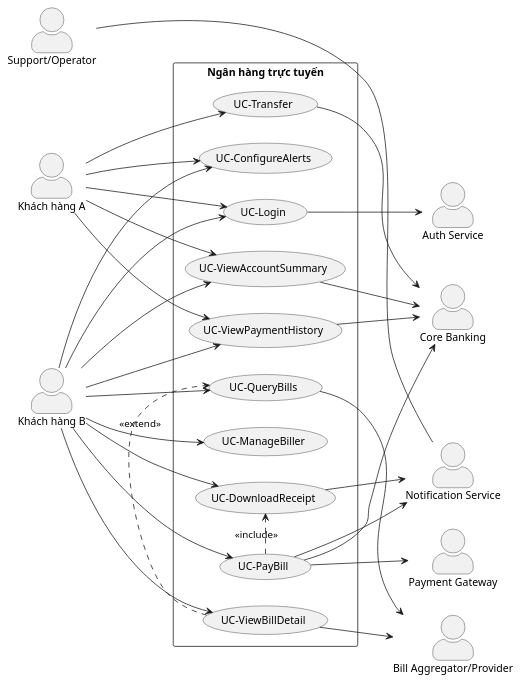
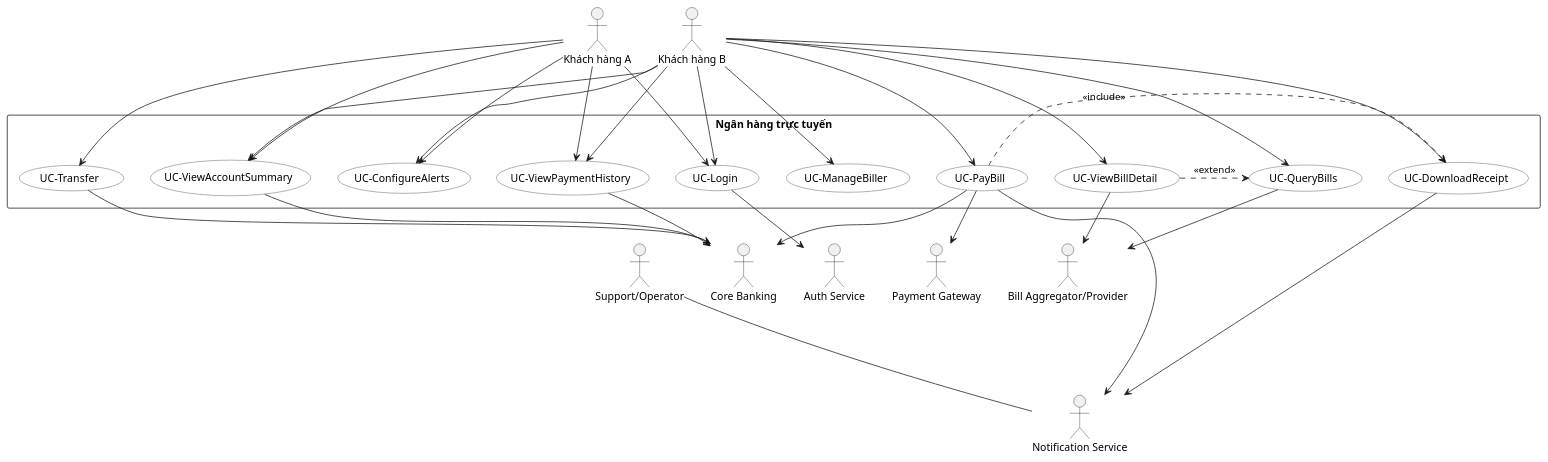
Before and after one commit to 1yn3r/midterm-2: the first of 8 diagrams in README.md, drawn with PlantUML.

````diff
--- a/README.md
+++ b/README.md
@@ -44,71 +44,80 @@
 ```plantuml
 @startuml
-' ========== Use Case Diagram (UML Standard with PlantUML) ==========
-left to right direction
+' ========== Use Case (UML) — Top-to-Bottom with Actors ==========
+top to bottom direction
 skinparam packageStyle rectangle
-skinparam actorStyle awesome
+skinparam usecase {
+  BackgroundColor #ffffff
+  BorderColor #333333
+}
+' dùng stickman mặc định (không bật actorStyle awesome)
 
-' --- Actors ---
-actor CustomerA as "Khách hàng A"
-actor CustomerB as "Khách hàng B"
-actor Auth as "Auth Service"
-actor CoreBank as "Core Banking"
-actor BillerProv as "Bill Aggregator/Provider"
-actor PaymentGW as "Payment Gateway"
-actor Notify as "Notification Service"
-actor Support as "Support/Operator"
-
-' --- System Boundary ---
-rectangle "Ngân hàng trực tuyến" as System {
-usecase UC_Login as "UC-Login"
-usecase UC_ViewAcct as "UC-ViewAccountSummary"
-usecase UC_Transfer as "UC-Transfer"
-usecase UC_ManageBiller as "UC-ManageBiller"
-usecase UC_QueryBills as "UC-QueryBills"
-usecase UC_ViewBillDetail as "UC-ViewBillDetail"
-usecase UC_PayBill as "UC-PayBill"
-usecase UC_ViewPaymentHist as "UC-ViewPaymentHistory"
-usecase UC_ConfigAlert as "UC-ConfigureAlerts"
-usecase UC_DownloadReceipt as "UC-DownloadReceipt"
+' ------------------ ACTORS ------------------
+' Nhóm bên trái
+together {
+  actor CustomerA as "Khách hàng A"
+  actor CustomerB as "Khách hàng B"
 }
 
-' --- Customer interactions ---
+' Nhóm bên phải (các hệ thống ngoài)
+together {
+  actor Auth       as "Auth Service"
+  actor CoreBank   as "Core Banking"
+  actor BillerProv as "Bill Aggregator/Provider"
+  actor PaymentGW  as "Payment Gateway"
+  actor Notify     as "Notification Service"
+  actor Support    as "Support/Operator"
+}
+
+' ------------------ SYSTEM BOUNDARY ------------------
+rectangle "Ngân hàng trực tuyến" as System {
+  usecase UC_Login           as "UC-Login"
+  usecase UC_ViewAcct        as "UC-ViewAccountSummary"
+  usecase UC_Transfer        as "UC-Transfer"
+  usecase UC_ManageBiller    as "UC-ManageBiller"
+  usecase UC_QueryBills      as "UC-QueryBills"
+  usecase UC_ViewBillDetail  as "UC-ViewBillDetail"
+  usecase UC_PayBill         as "UC-PayBill"
+  usecase UC_ViewPaymentHist as "UC-ViewPaymentHistory"
+  usecase UC_ConfigAlert     as "UC-ConfigureAlerts"
+  usecase UC_DownloadReceipt as "UC-DownloadReceipt"
+}
+
+' ------------------ LINKS: CUSTOMER SIDE ------------------
 CustomerA --> UC_Login
 CustomerB --> UC_Login
 CustomerA --> UC_ViewAcct
 CustomerB --> UC_ViewAcct
 CustomerA --> UC_Transfer
 CustomerB --> UC_ManageBiller
 CustomerB --> UC_QueryBills
 CustomerB --> UC_ViewBillDetail
 CustomerB --> UC_PayBill
 CustomerB --> UC_ViewPaymentHist
 CustomerA --> UC_ViewPaymentHist
 CustomerA --> UC_ConfigAlert
 CustomerB --> UC_ConfigAlert
 CustomerB --> UC_DownloadReceipt
 
-' --- External system collaborations ---
-UC_Login --> Auth
-UC_ViewAcct --> CoreBank
-UC_Transfer --> CoreBank
-UC_QueryBills --> BillerProv
-UC_ViewBillDetail --> BillerProv
-UC_PayBill --> CoreBank
-UC_PayBill --> PaymentGW
-UC_PayBill --> Notify
+' ------------------ LINKS: EXTERNAL SYSTEMS ------------------
+UC_Login           --> Auth
+UC_ViewAcct        --> CoreBank
+UC_Transfer        --> CoreBank
+UC_QueryBills      --> BillerProv
+UC_ViewBillDetail  --> BillerProv
+UC_PayBill         --> CoreBank
+UC_PayBill         --> PaymentGW
+UC_PayBill         --> Notify
 UC_ViewPaymentHist --> CoreBank
 UC_DownloadReceipt --> Notify
 
-' --- Relationships between use cases (optional semantics) ---
-' PayBill always generates a receipt
+' ------------------ RELATIONSHIPS BETWEEN USE CASES ------------------
 UC_PayBill .> UC_DownloadReceipt : <<include>>
-
-' ViewBillDetail occurs after QueryBills
 UC_ViewBillDetail .> UC_QueryBills : <<extend>>
 
-' Support/Operator interacts via notifications/trace-soát
+' kênh hỗ trợ/tra soát
 Support --- Notify
 
 @enduml
+
 ```
````
